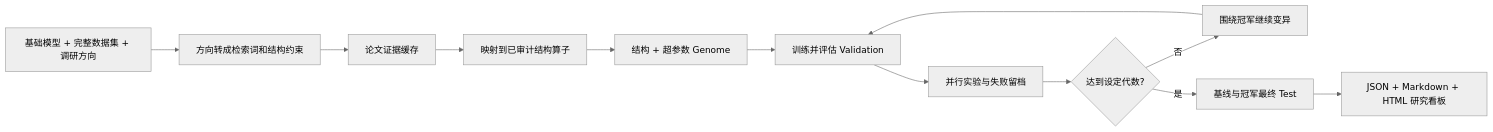
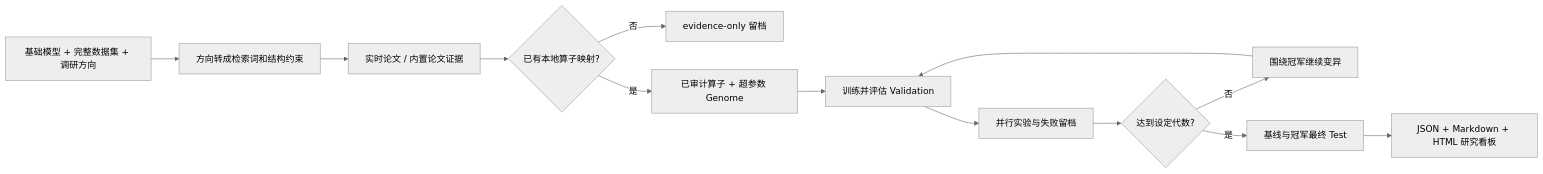
One commit to daiwk/auto-research changed the diagram in docs/model-evolution.md. Above: the diagram before and after it, drawn with Mermaid (neutral theme). The commit also changed other lines of this file and 8 other files, not shown here.

````diff
--- a/docs/model-evolution.md
+++ b/docs/model-evolution.md
@@ -7,14 +89,15 @@
 ```mermaid
 flowchart LR
   A[基础模型 + 完整数据集 + 调研方向] --> B[方向转成检索词和结构约束]
-  B --> C[论文证据缓存]
-  C --> D[映射到已审计结构算子]
-  D --> E[结构 + 超参数 Genome]
+  B --> C[实时论文 / 内置论文证据]
+  C --> D{已有本地算子映射?}
+  D -- 否 --> X[evidence-only 留档]
+  D -- 是 --> E[已审计算子 + 超参数 Genome]
   E --> F[训练并评估 Validation]
   F --> G[并行实验与失败留档]
   G --> H{达到设定代数?}
   H -- 否 --> I[围绕冠军继续变异]
   I --> F
   H -- 是 --> J[基线与冠军最终 Test]
   J --> K[JSON + Markdown + HTML 研究看板]
 ```
````
